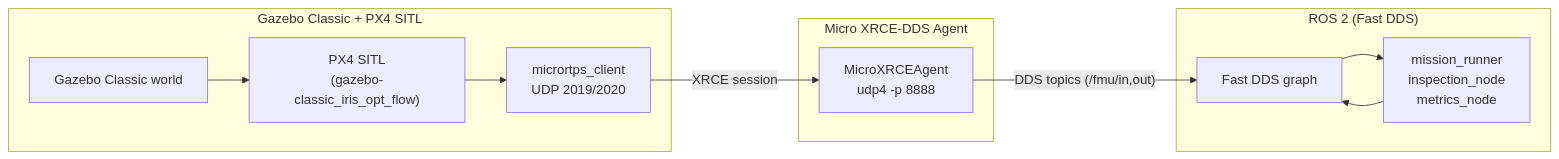
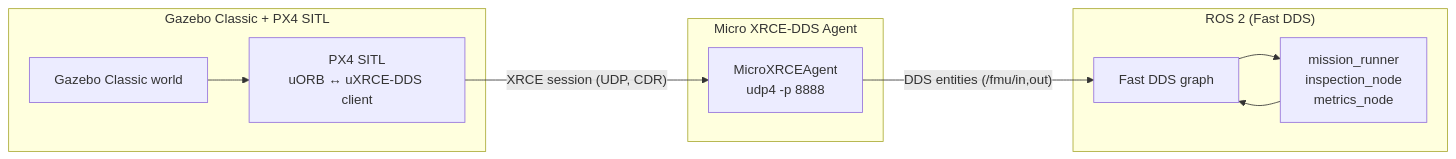
Before and after one commit to Nico281102/ShelfScout-PX4-ROS2-Digital-Twin: the first of 2 diagrams in docs/ROS2_PX4_BRIDGING.md, drawn with Mermaid. The commit also changed other lines of this file and 15 other files, not shown here.

````diff
--- a/docs/ROS2_PX4_BRIDGING.md
+++ b/docs/ROS2_PX4_BRIDGING.md
@@ -7,25 +7,23 @@
 ```mermaid
 flowchart LR
     subgraph Sim["Gazebo Classic + PX4 SITL"]
         GZ["Gazebo Classic world"]
-        PX4["PX4 SITL<br>(gazebo-classic_iris_opt_flow)"]
-        RTPS["micrortps_client<br>UDP 2019/2020"]
+        PX4["PX4 SITL<br>uORB ↔ uXRCE-DDS client"]
         GZ --> PX4
-        PX4 --> RTPS
     end
 
 
     subgraph Bridge["Micro XRCE-DDS Agent"]
         AGENT[MicroXRCEAgent\nudp4 -p 8888]
     end
 
     subgraph ROS2["ROS 2 (Fast DDS)"]
         RCL[Fast DDS graph]
         NODES[mission_runner\ninspection_node\nmetrics_node]
         RCL --> NODES
         NODES --> RCL
     end
 
-    RTPS -- XRCE session --> AGENT
-    AGENT -- DDS topics (/fmu/in,out) --> RCL
+    PX4 -- XRCE session (UDP, CDR) --> AGENT
+    AGENT -- DDS entities (/fmu/in,out) --> RCL
 ```
````
